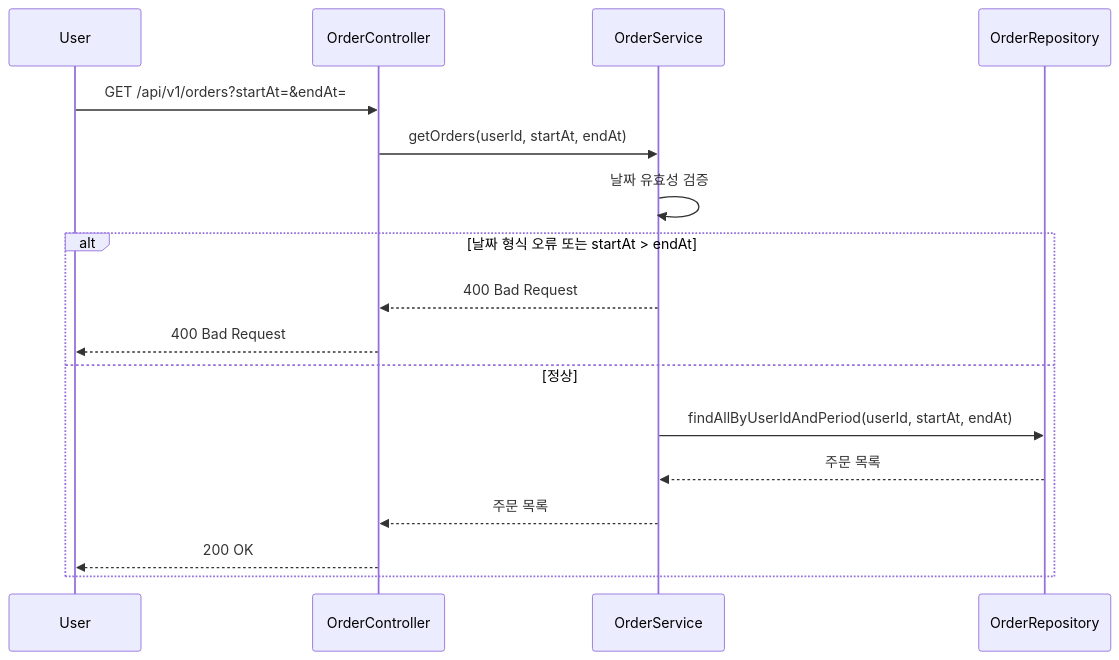
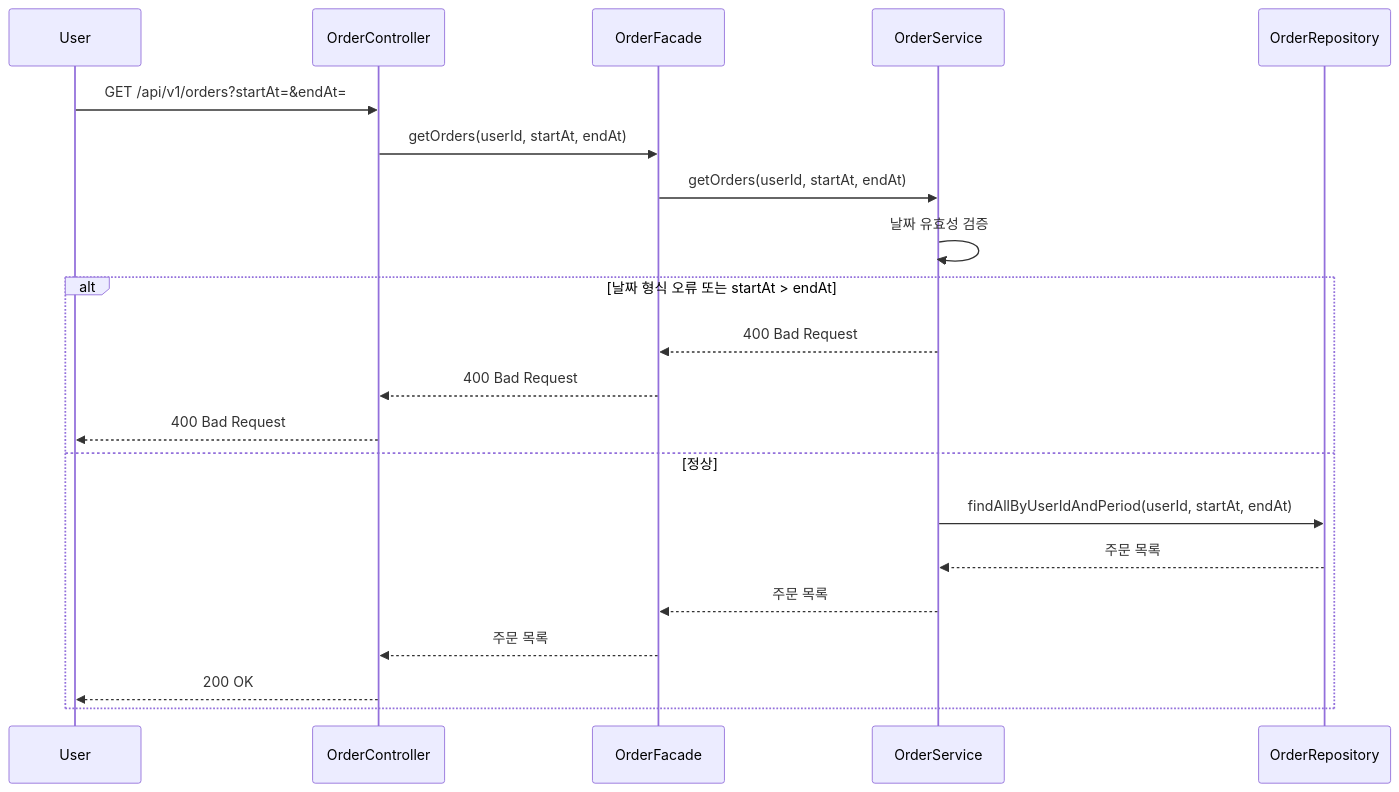
One commit to loopers-labs/loop-pack-be-l2-vol4-java changed diagram 20 of 33 in .docs/design/sequence-diagrams.md. Above: the diagram before and after it, drawn with Mermaid. The commit also changed other lines of this file, not shown here.

Commit message:
fix: 시퀀스 다이어그램 파사드 추가

````diff
--- a/.docs/design/sequence-diagrams.md
+++ b/.docs/design/sequence-diagrams.md
@@ -545,21 +615,25 @@
 ```mermaid
 sequenceDiagram
     participant User
     participant OrderController
+    participant OrderFacade
     participant OrderService
     participant OrderRepository
 
     User->>OrderController: GET /api/v1/orders?startAt=&endAt=
-    OrderController->>OrderService: getOrders(userId, startAt, endAt)
+    OrderController->>OrderFacade: getOrders(userId, startAt, endAt)
+    OrderFacade->>OrderService: getOrders(userId, startAt, endAt)
     OrderService->>OrderService: 날짜 유효성 검증
 
     alt 날짜 형식 오류 또는 startAt > endAt
-        OrderService-->>OrderController: 400 Bad Request
+        OrderService-->>OrderFacade: 400 Bad Request
+        OrderFacade-->>OrderController: 400 Bad Request
         OrderController-->>User: 400 Bad Request
     else 정상
         OrderService->>OrderRepository: findAllByUserIdAndPeriod(userId, startAt, endAt)
         OrderRepository-->>OrderService: 주문 목록
-        OrderService-->>OrderController: 주문 목록
+        OrderService-->>OrderFacade: 주문 목록
+        OrderFacade-->>OrderController: 주문 목록
         OrderController-->>User: 200 OK
     end
 ```
````
